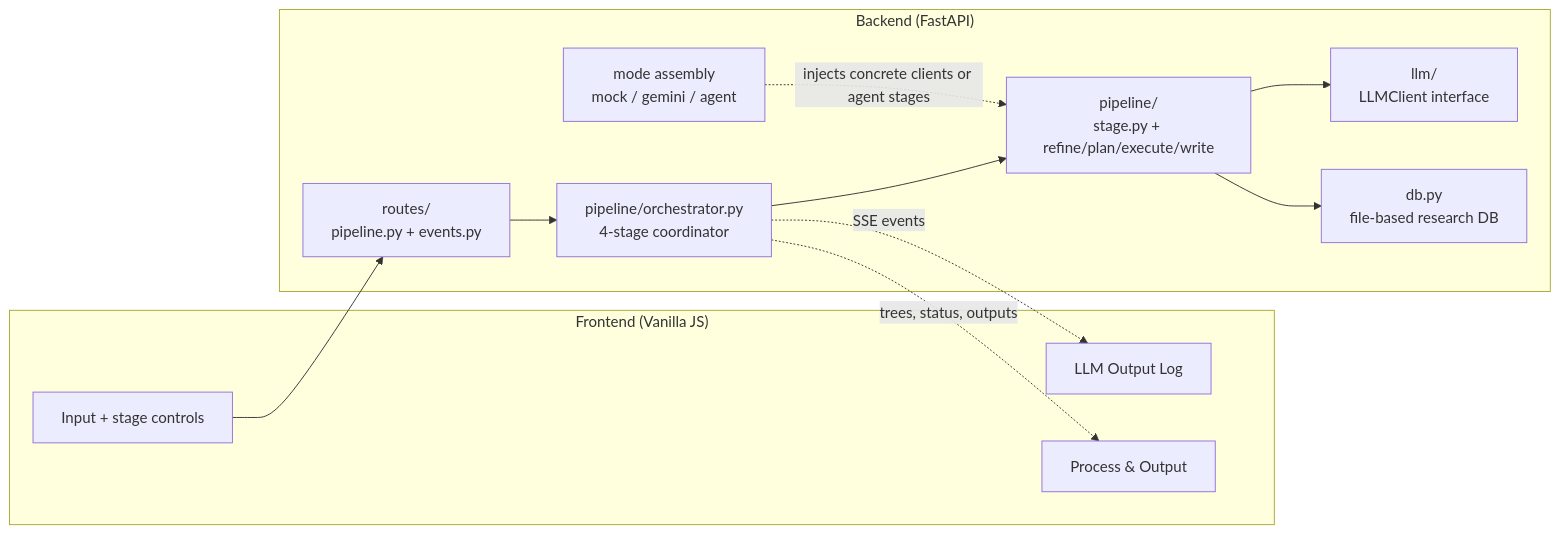
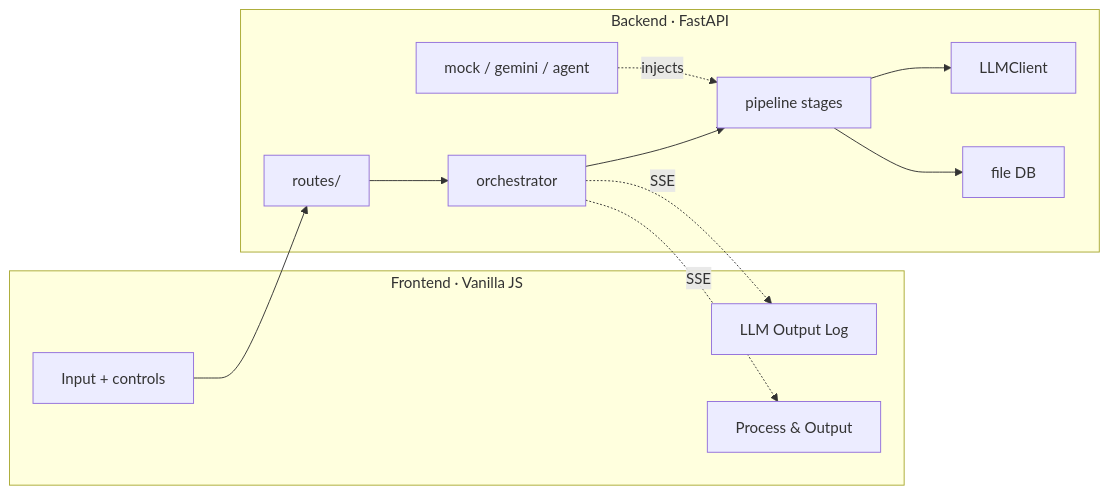
The second of 2 diagrams in README.md (dozybot001/maars), drawn with Mermaid before and after one commit. The commit also changed other lines of this file and 6 other files, not shown here.

First line of the commit message:
feat(agent): add Google Search, verify+retry, recursive plan

````diff
--- a/README.md
+++ b/README.md
@@ -34,26 +34,24 @@
 ```mermaid
 flowchart LR
-    subgraph FE["Frontend (Vanilla JS)"]
-        UI["Input + stage controls"]
+    subgraph FE["Frontend · Vanilla JS"]
+        UI["Input + controls"]
         LOG["LLM Output Log"]
         PROC["Process & Output"]
     end
 
-    subgraph BE["Backend (FastAPI)"]
-        ROUTES["routes/<br/>pipeline.py + events.py"]
-        ORCH["pipeline/orchestrator.py<br/>4-stage coordinator"]
-        STAGES["pipeline/<br/>stage.py + refine/plan/execute/write"]
-        LLM["llm/<br/>LLMClient interface"]
-        MODES["mode assembly<br/>mock / gemini / agent"]
-        DB["db.py<br/>file-based research DB"]
+    subgraph BE["Backend · FastAPI"]
+        ROUTES["routes/"]
+        ORCH["orchestrator"]
+        STAGES["pipeline stages"]
+        LLM["LLMClient"]
+        MODES["mock / gemini / agent"]
+        DB["file DB"]
     end
 
-    UI --> ROUTES
-    ROUTES --> ORCH
-    ORCH --> STAGES
+    UI --> ROUTES --> ORCH --> STAGES
     STAGES --> LLM
-    MODES -. injects concrete clients or agent stages .-> STAGES
+    MODES -."injects".-> STAGES
     STAGES --> DB
-    ORCH -. SSE events .-> LOG
-    ORCH -. trees, status, outputs .-> PROC
+    ORCH -."SSE".-> LOG
+    ORCH -."SSE".-> PROC
 ```
````
